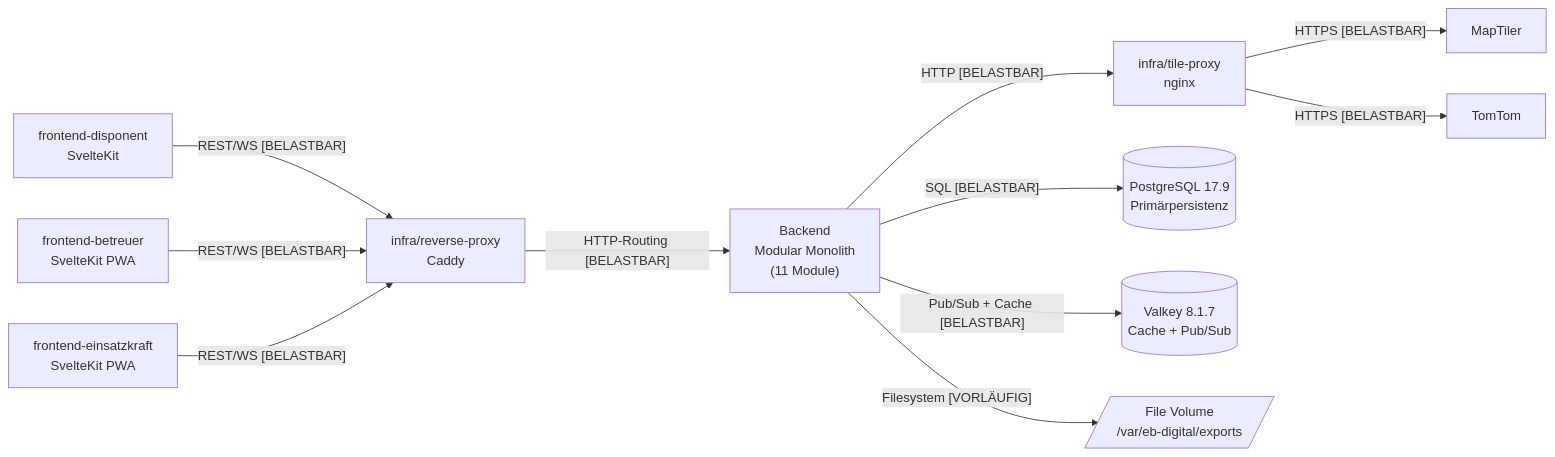
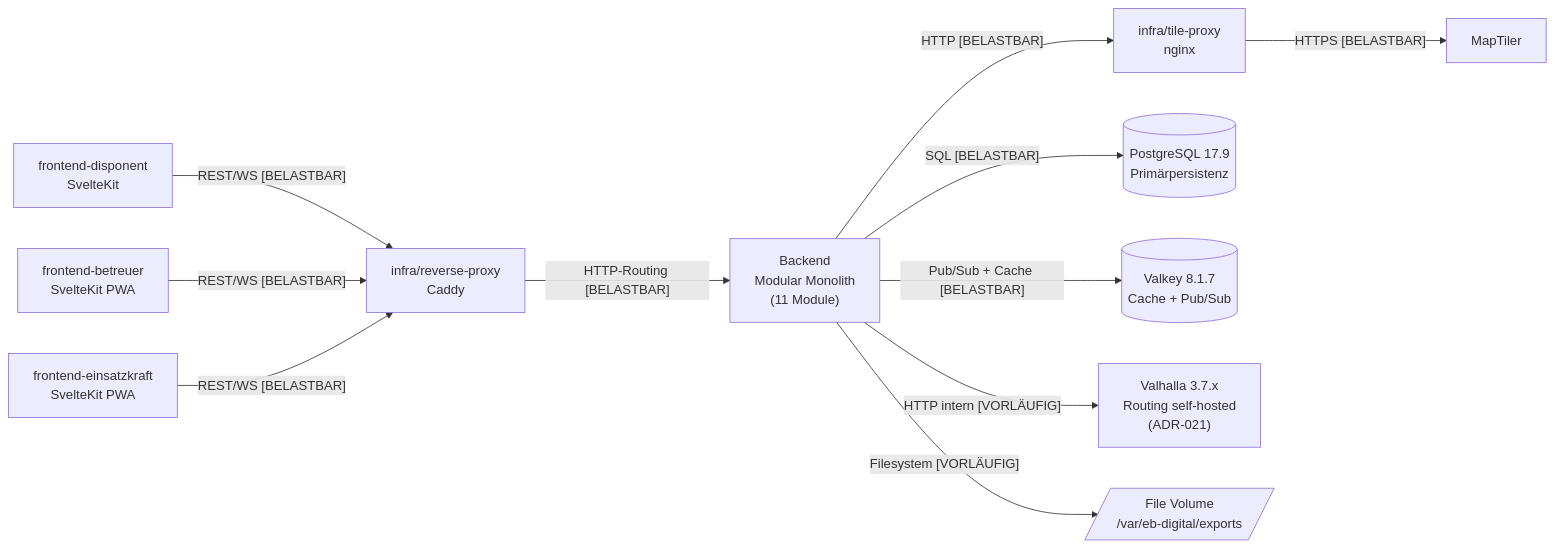
The first of 2 diagrams in docs/architecture.md (Paddel87/EB-Digital), drawn with Mermaid before and after one commit. The commit also changed other lines of this file and 7 other files, not shown here.

First line of the commit message:
docs: lege ADR-021 an — Routing-Wechsel auf self-hosted Valhalla (Spike G erledigt)

````diff
--- a/docs/architecture.md
+++ b/docs/architecture.md
@@ -66,30 +67,30 @@
 ```mermaid
 graph LR
   FD["frontend-disponent<br/>SvelteKit"]
   FB["frontend-betreuer<br/>SvelteKit PWA"]
   FE["frontend-einsatzkraft<br/>SvelteKit PWA"]
 
   RP["infra/reverse-proxy<br/>Caddy"]
 
   BE["Backend<br/>Modular Monolith<br/>(11 Module)"]
 
   TP["infra/tile-proxy<br/>nginx"]
 
   PG[("PostgreSQL 17.9<br/>Primärpersistenz")]
   VK[("Valkey 8.1.7<br/>Cache + Pub/Sub")]
+  VH["Valhalla 3.7.x<br/>Routing self-hosted<br/>(ADR-021)"]
   FV[/"File Volume<br/>/var/eb-digital/exports"/]
 
   MT[MapTiler]
-  TT[TomTom]
 
   FD -->|"REST/WS [BELASTBAR]"| RP
   FB -->|"REST/WS [BELASTBAR]"| RP
   FE -->|"REST/WS [BELASTBAR]"| RP
   RP -->|"HTTP-Routing [BELASTBAR]"| BE
   BE -->|"HTTP [BELASTBAR]"| TP
+  BE -->|"HTTP intern [VORLÄUFIG]"| VH
   BE -->|"SQL [BELASTBAR]"| PG
   BE -->|"Pub/Sub + Cache [BELASTBAR]"| VK
   BE -->|"Filesystem [VORLÄUFIG]"| FV
   TP -->|"HTTPS [BELASTBAR]"| MT
-  TP -->|"HTTPS [BELASTBAR]"| TT
 ```
````
